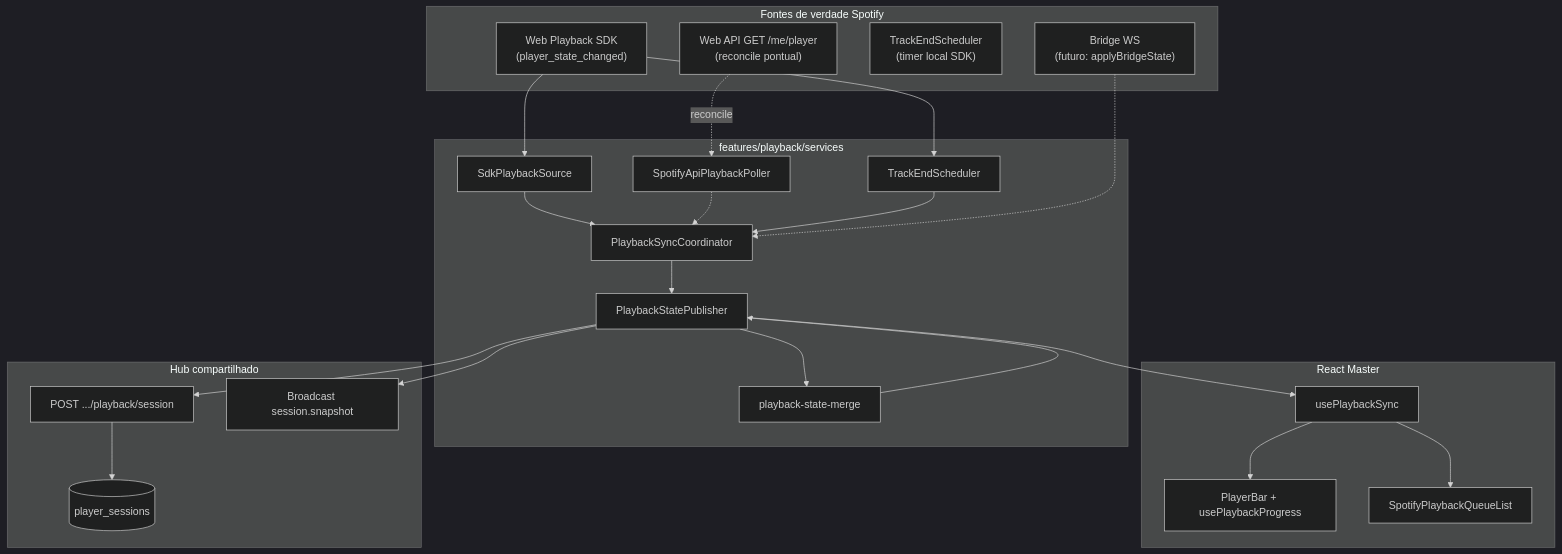
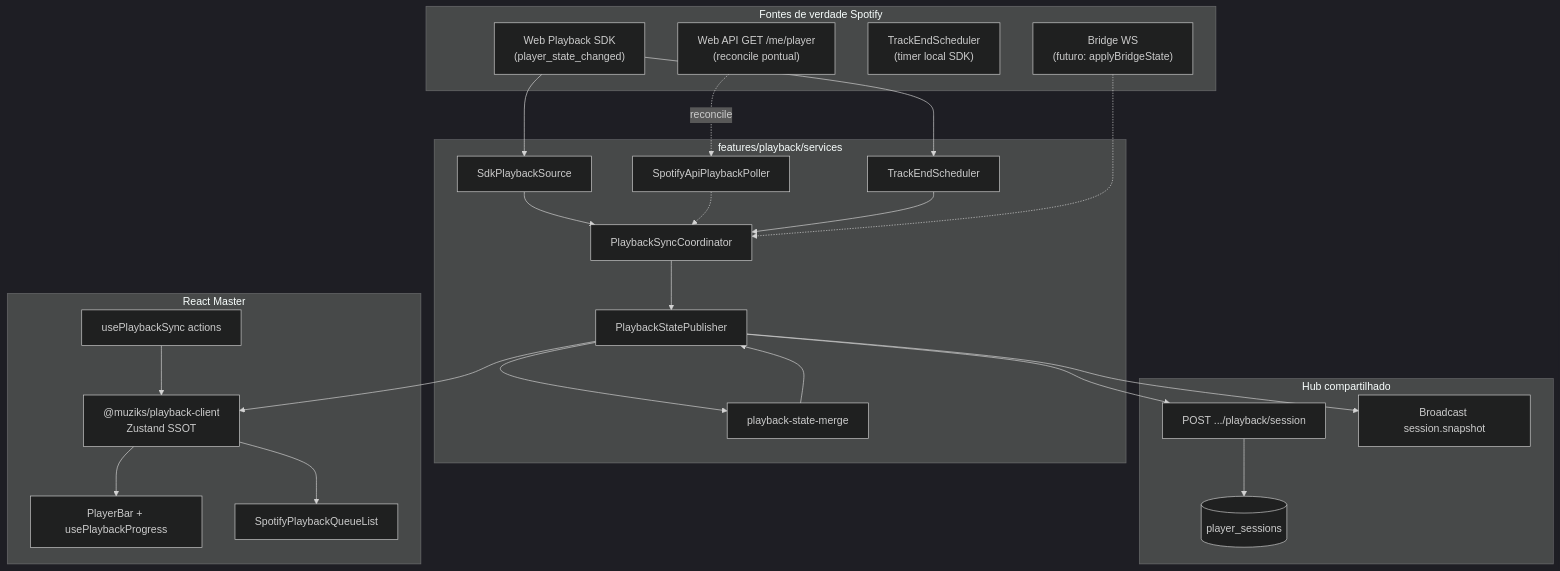
The first of 3 diagrams in docs/tech/PLAYBACK-MASTER-CLIENT-SYNC.md (LucasArgate/muziks), drawn with Mermaid (dark theme) before and after one commit. The commit also changed other lines of this file and 33 other files, not shown here.

````diff
--- a/docs/tech/PLAYBACK-MASTER-CLIENT-SYNC.md
+++ b/docs/tech/PLAYBACK-MASTER-CLIENT-SYNC.md
@@ -19,45 +19,47 @@
 ```mermaid
 flowchart TB
   subgraph Sources["Fontes de verdade Spotify"]
     SDK["Web Playback SDK\n(player_state_changed)"]
     API["Web API GET /me/player\n(reconcile pontual)"]
     SCHED["TrackEndScheduler\n(timer local SDK)"]
     BR["Bridge WS\n(futuro: applyBridgeState)"]
   end
 
   subgraph Orchestration["features/playback/services"]
     SRC[SdkPlaybackSource]
     POLL[SpotifyApiPlaybackPoller]
     SCHEDSVC[TrackEndScheduler]
     COORD[PlaybackSyncCoordinator]
     PUB[PlaybackStatePublisher]
     MERGE[playback-state-merge]
   end
 
   subgraph UI["React Master"]
-    SYNC[usePlaybackSync]
+    STORE["@muziks/playback-client\nZustand SSOT"]
+    SYNC[usePlaybackSync actions]
     BAR[PlayerBar + usePlaybackProgress]
     QLIST[SpotifyPlaybackQueueList]
   end
 
   subgraph Remote["Hub compartilhado"]
     POST["POST .../playback/session"]
     DB[(player_sessions)]
     RT["Broadcast session.snapshot"]
   end
 
   SDK --> SRC --> COORD
   SDK --> SCHEDSVC
   API -.->|reconcile| POLL
   POLL -.-> COORD
   SCHEDSVC --> COORD
   BR -.-> COORD
   COORD --> PUB
   PUB --> MERGE
   MERGE --> PUB
-  PUB --> SYNC
-  SYNC --> BAR
-  SYNC --> QLIST
+  PUB --> STORE
+  SYNC --> STORE
+  STORE --> BAR
+  STORE --> QLIST
   PUB --> POST --> DB
   PUB --> RT
 ```
````
